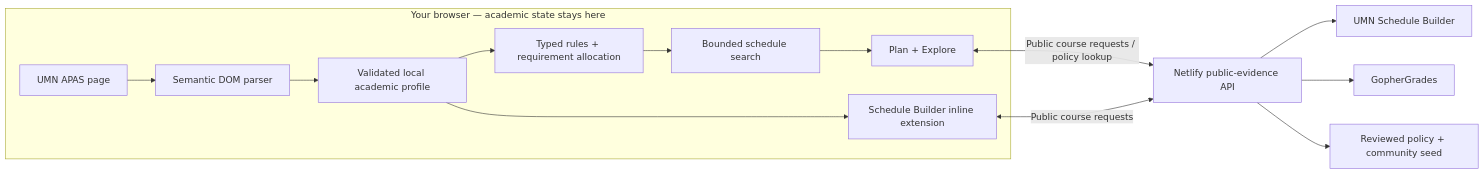
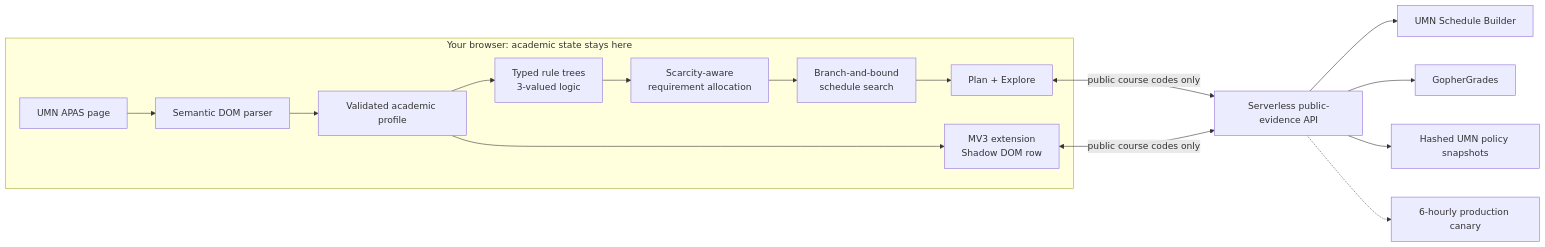
The diagram in README.md (QinyangTan/smart-umn-planner), drawn with Mermaid before and after one commit. The commit also changed other lines of this file and 7 other files, not shown here.

````diff
--- a/README.md
+++ b/README.md
@@ -97,16 +86,18 @@
 ```mermaid
 flowchart LR
-  subgraph Local["Your browser — academic state stays here"]
+  subgraph Local["Your browser: academic state stays here"]
     APAS["UMN APAS page"] --> Parser["Semantic DOM parser"]
-    Parser --> Profile["Validated local academic profile"]
-    Profile --> Rules["Typed rules + requirement allocation"]
-    Rules --> Solver["Bounded schedule search"]
+    Parser --> Profile["Validated academic profile"]
+    Profile --> Rules["Typed rule trees<br/>3-valued logic"]
+    Rules --> Alloc["Scarcity-aware<br/>requirement allocation"]
+    Alloc --> Solver["Branch-and-bound<br/>schedule search"]
     Solver --> Web["Plan + Explore"]
-    Profile --> Ext["Schedule Builder inline extension"]
+    Profile --> Ext["MV3 extension<br/>Shadow DOM row"]
   end
-  Web <-->|"Public course requests / policy lookup"| API["Netlify public-evidence API"]
-  Ext <-->|"Public course requests"| API
+  Web <-->|"public course codes only"| API["Serverless public-evidence API"]
+  Ext <-->|"public course codes only"| API
   API --> SB["UMN Schedule Builder"]
   API --> GG["GopherGrades"]
-  API --> Seed["Reviewed policy + community seed"]
+  API --> Pol["Hashed UMN policy snapshots"]
+  API -.-> Canary["6-hourly production canary"]
 ```
````
